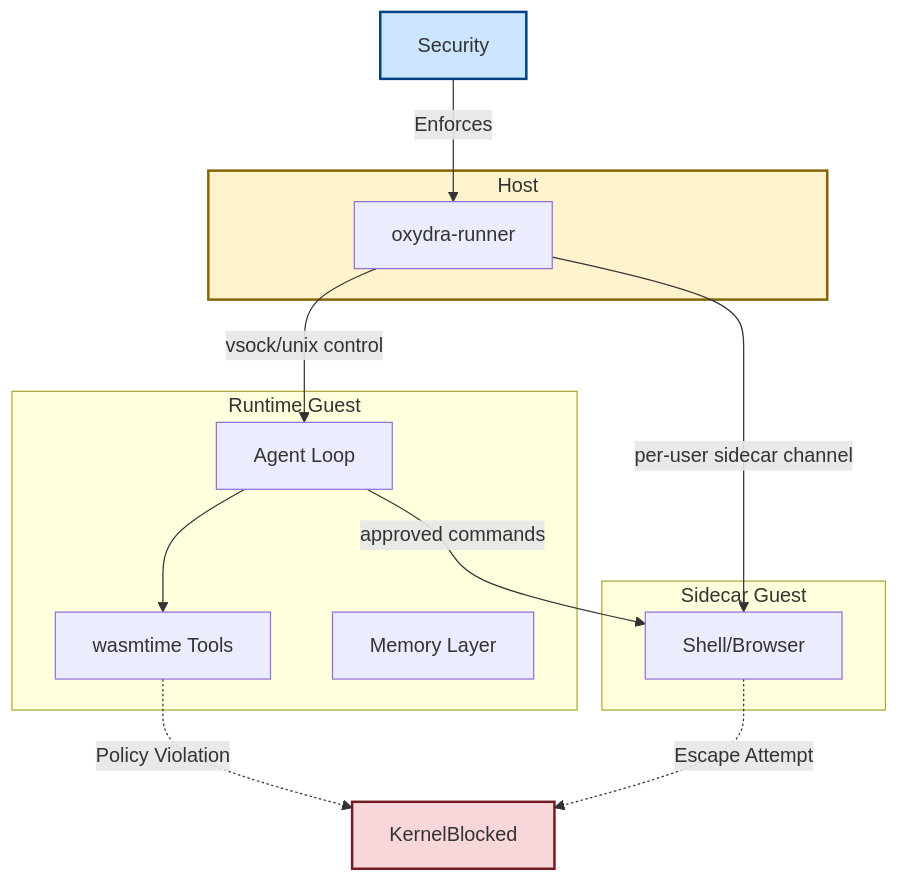
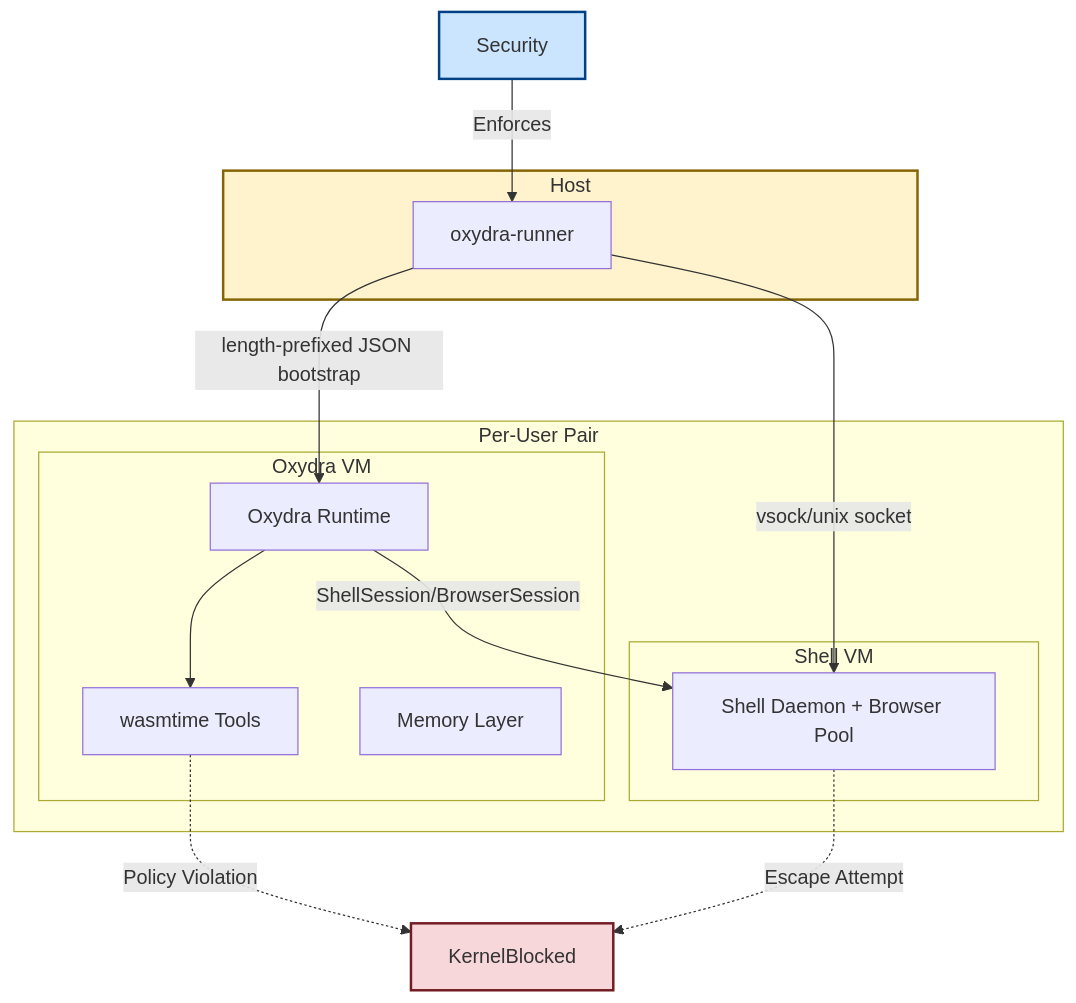
The seventh of 8 diagrams in oxydra-project-brief.md (shantanugoel/oxydra), drawn with Mermaid before and after one commit. The commit also changed other lines of this file and 1 other file, not shown here.

````diff
--- a/oxydra-project-brief.md
+++ b/oxydra-project-brief.md
@@ -474,24 +481,26 @@
 ```mermaid
 graph TD
 subgraph Host
 Runner[oxydra-runner]
 end
-subgraph Runtime Guest
-Loop[Agent Loop]
+subgraph Per-User Pair
+subgraph Oxydra VM
+Loop[Oxydra Runtime]
 Wasm[wasmtime Tools]
 Mem[Memory Layer]
 end
-subgraph Sidecar Guest
-Shell[Shell/Browser]
+subgraph Shell VM
+ShellDaemon[Shell Daemon + Browser Pool]
+end
 end
 Security --> |Enforces| Runner
-Runner --> |vsock/unix control| Loop
-Runner --> |per-user sidecar channel| Shell
+Runner --> |length-prefixed JSON bootstrap| Loop
+Runner --> |vsock/unix socket| ShellDaemon
 Loop --> Wasm
-Loop --> |approved commands| Shell
+Loop --> |ShellSession/BrowserSession| ShellDaemon
 Wasm -.-> |Policy Violation| KernelBlocked
-Shell -.-> |Escape Attempt| KernelBlocked
+ShellDaemon -.-> |Escape Attempt| KernelBlocked
 style Host fill:#fff3cd,stroke:#856404,stroke-width:2px
 style Security fill:#cce5ff,stroke:#004085,stroke-width:2px
 style KernelBlocked fill:#f8d7da,stroke:#721c24,stroke-width:2px
 ```
````
